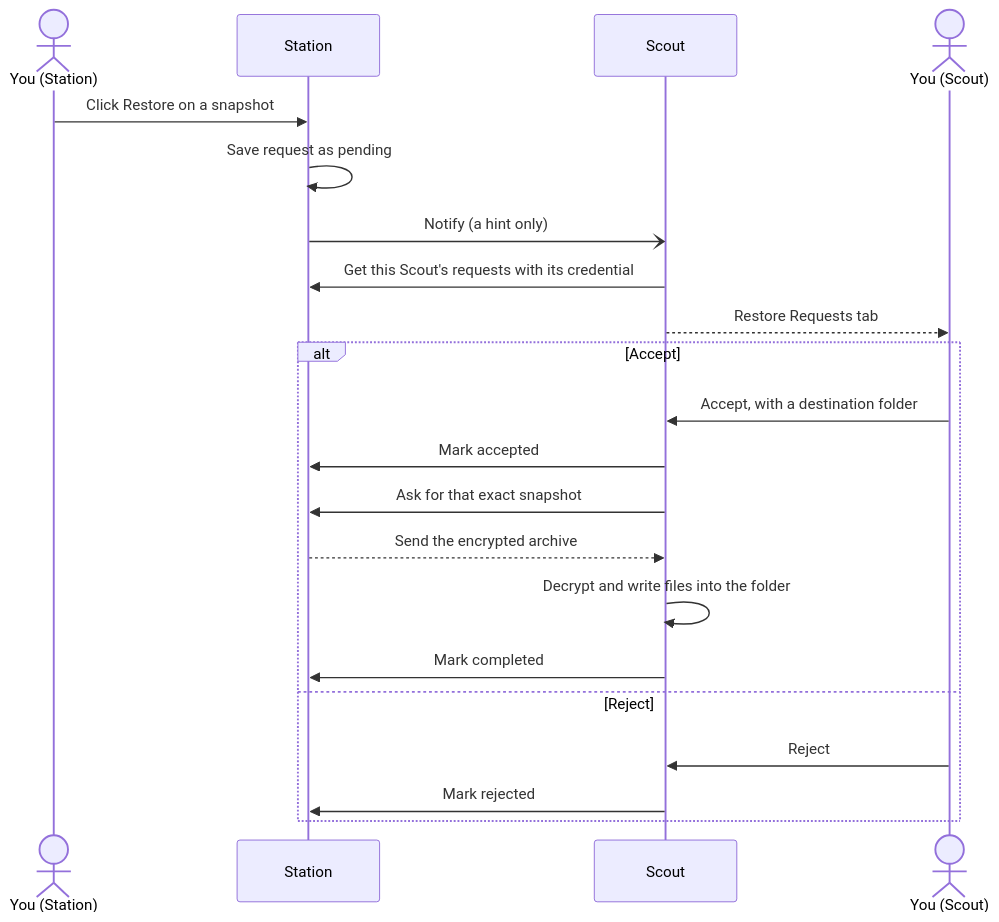
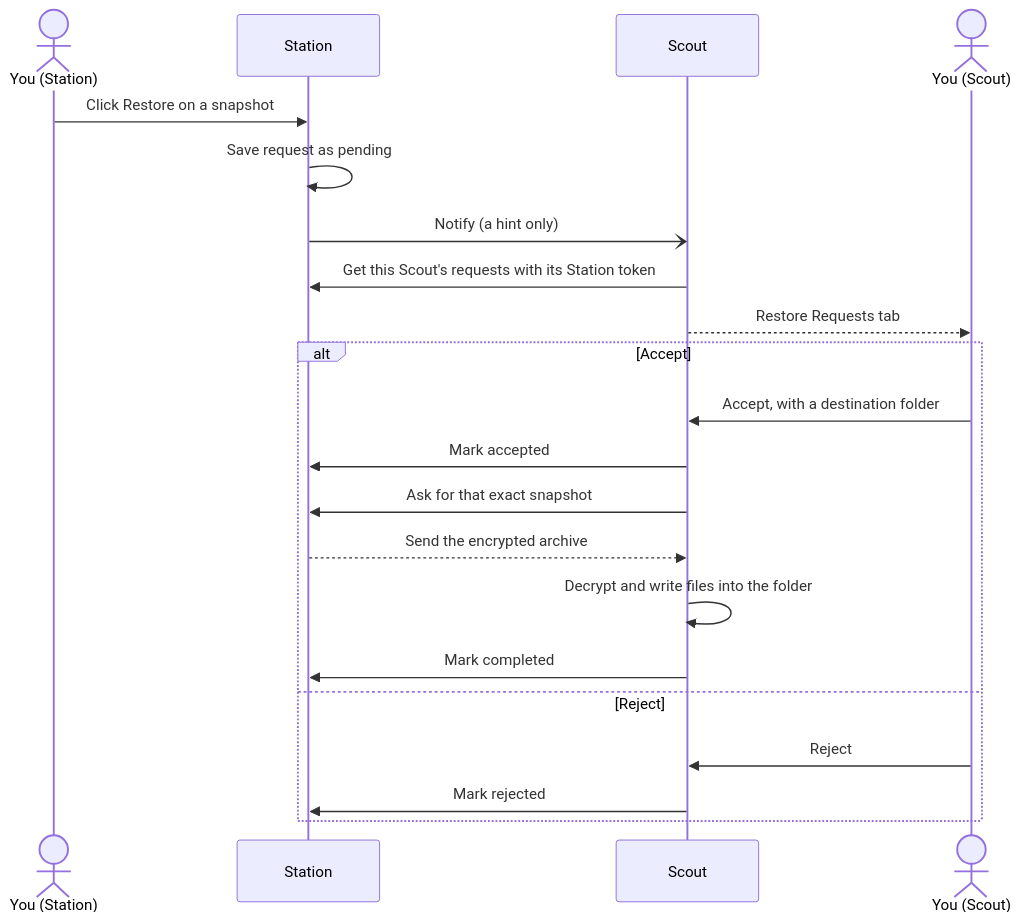
The second of 2 diagrams in docs/scout/restore.mdx (thesteau/3to1go), drawn with Mermaid before and after one commit. The commit also changed other lines of this file and 53 other files, not shown here.

Commit message:
fix: use Scout key and Station token names, update gopher docs art (#98)

````diff
--- a/docs/scout/restore.mdx
+++ b/docs/scout/restore.mdx
@@ -67,23 +71,23 @@
 ```mermaid
 sequenceDiagram
     actor Admin as You (Station)
     participant Station
     participant Scout
     actor Operator as You (Scout)
     Admin->>Station: Click Restore on a snapshot
     Station->>Station: Save request as pending
     Station-)Scout: Notify (a hint only)
-    Scout->>Station: Get this Scout's requests with its credential
+    Scout->>Station: Get this Scout's requests with its Station token
     Scout-->>Operator: Restore Requests tab
     alt Accept
         Operator->>Scout: Accept, with a destination folder
         Scout->>Station: Mark accepted
         Scout->>Station: Ask for that exact snapshot
         Station-->>Scout: Send the encrypted archive
         Scout->>Scout: Decrypt and write files into the folder
         Scout->>Station: Mark completed
     else Reject
         Operator->>Scout: Reject
         Scout->>Station: Mark rejected
     end
 ```
````
